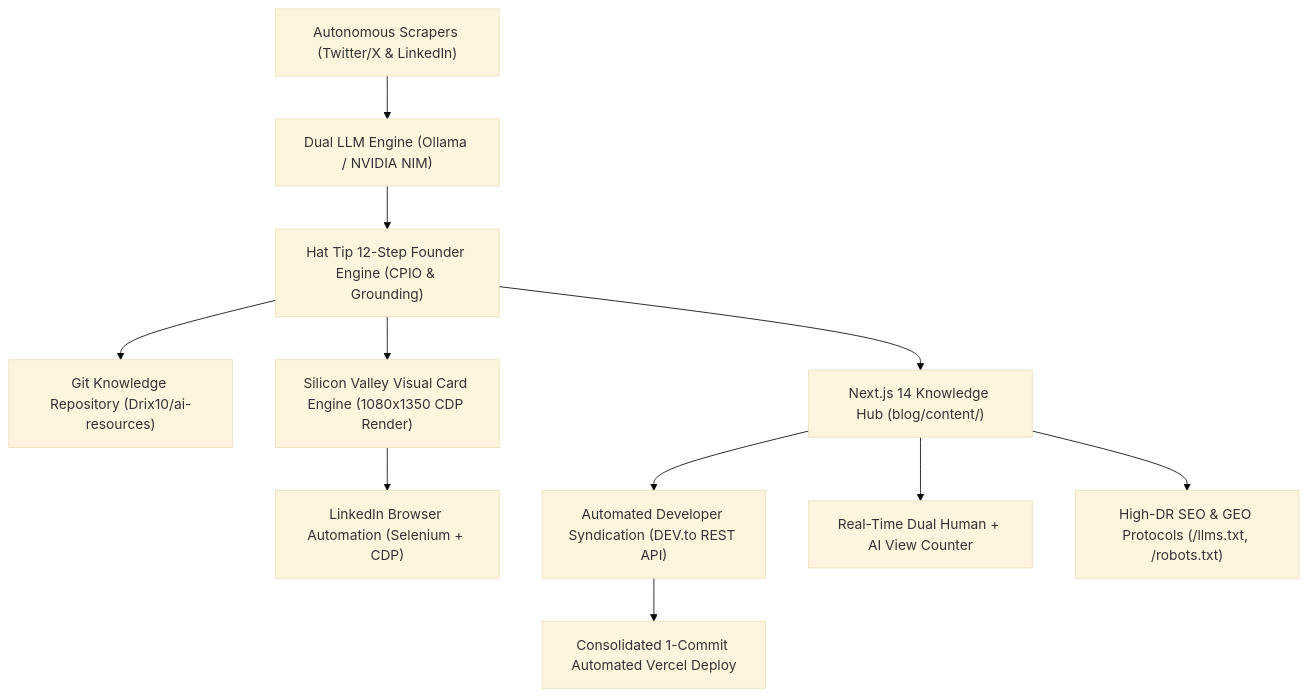
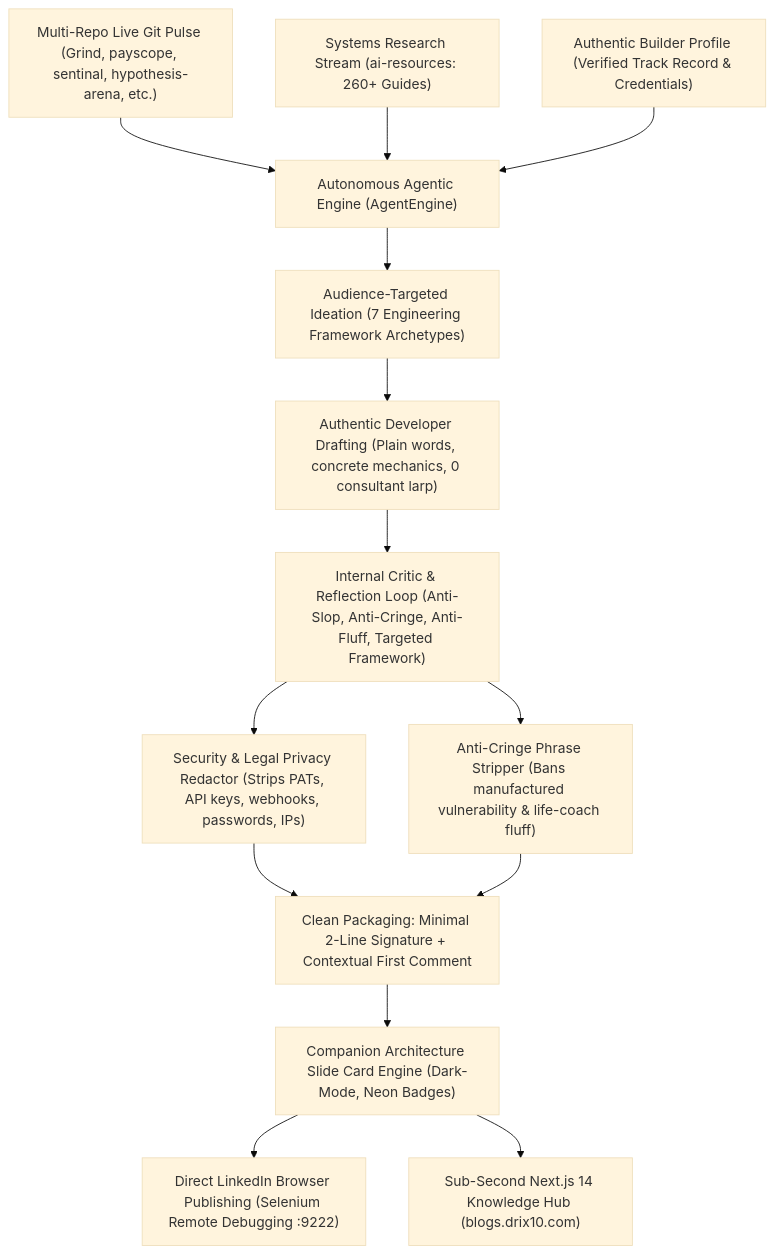
One commit to Drix10/ai-resources-pipeline changed the diagram in README.md. Above: the diagram before and after it, drawn with Mermaid (base theme). The commit also changed other lines of this file and 45 other files, not shown here.

First line of the commit message:
feat: autonomous content pipeline hardening, anti-hallucination guardrails, and article sync

````diff
--- a/README.md
+++ b/README.md
@@ -32,13 +33,15 @@
 ```mermaid
 flowchart TD
-    A["Autonomous Scrapers (Twitter/X & LinkedIn)"] --> B["Dual LLM Engine (Ollama / NVIDIA NIM)"]
-    B --> C["Hat Tip 12-Step Founder Engine (CPIO & Grounding)"]
-    C --> D["Git Knowledge Repository (Drix10/ai-resources)"]
-    C --> E["Silicon Valley Visual Card Engine (1080x1350 CDP Render)"]
-    E --> F["LinkedIn Browser Automation (Selenium + CDP)"]
-    C --> G["Next.js 14 Knowledge Hub (blog/content/)"]
-    G --> H["Automated Developer Syndication (DEV.to REST API)"]
-    G --> I["Real-Time Dual Human + AI View Counter"]
-    G --> J["High-DR SEO & GEO Protocols (/llms.txt, /robots.txt)"]
-    H --> K["Consolidated 1-Commit Automated Vercel Deploy"]
+    A["Multi-Repo Live Git Pulse (Grind, payscope, sentinal, hypothesis-arena, etc.)"] --> B["Autonomous Agentic Engine (AgentEngine)"]
+    K["Systems Research Stream (ai-resources: 260+ Guides)"] --> B
+    P["Authentic Builder Profile (Verified Track Record & Credentials)"] --> B
+    B --> C["Audience-Targeted Ideation (7 Engineering Framework Archetypes)"]
+    C --> D["Authentic Developer Drafting (Plain words, concrete mechanics, 0 consultant larp)"]
+    D --> E["Internal Critic & Reflection Loop (Anti-Slop, Anti-Cringe, Anti-Fluff, Targeted Framework)"]
+    E --> F["Security & Legal Privacy Redactor (Strips PATs, API keys, webhooks, passwords, IPs)"]
+    E --> G["Anti-Cringe Phrase Stripper (Bans manufactured vulnerability & life-coach fluff)"]
+    F & G --> H["Clean Packaging: Minimal 2-Line Signature + Contextual First Comment"]
+    H --> I["Companion Architecture Slide Card Engine (Dark-Mode, Neon Badges)"]
+    I --> J["Direct LinkedIn Browser Publishing (Selenium Remote Debugging :9222)"]
+    I --> L["Sub-Second Next.js 14 Knowledge Hub (blogs.drix10.com)"]
 ```
````
